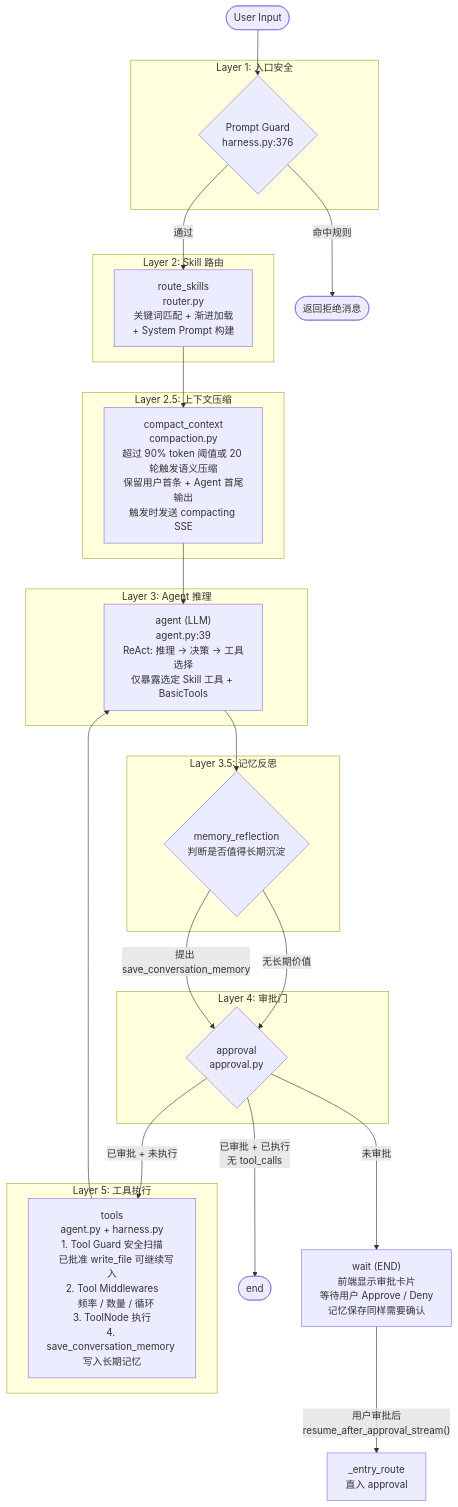
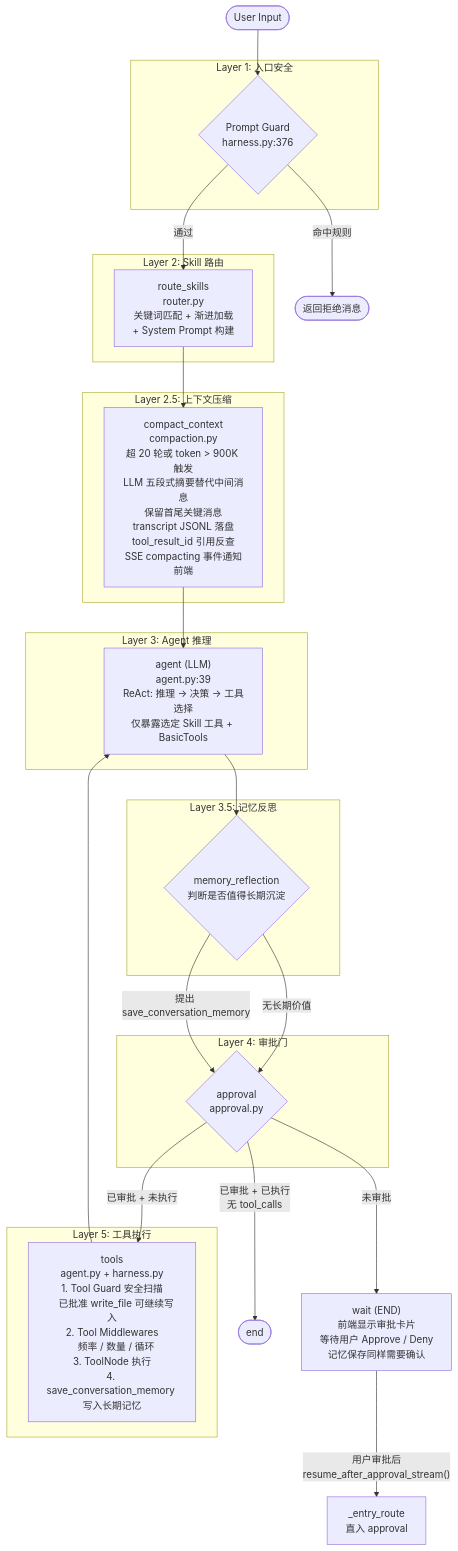
Before and after one commit to YachuanWzh/huamulan-agent: the sixth of 10 diagrams in 技术方案报告.md, drawn with Mermaid. The commit also changed other lines of this file, not shown here.

First line of the commit message:
feat(context): 优化上下文压缩策略并完善压缩流程说明

````diff
--- a/技术方案报告.md
+++ b/技术方案报告.md
@@ -481,53 +600,53 @@
 ```mermaid
 flowchart TD
     UI([User Input]) --> PG
 
     subgraph L1["Layer 1: 入口安全"]
         PG{"Prompt Guard<br/>harness.py:376"}
     end
 
     PG -->|"命中规则"| REJECT([返回拒绝消息])
     PG -->|"通过"| RS
 
     subgraph L2["Layer 2: Skill 路由"]
         RS["route_skills<br/>router.py<br/>关键词匹配 + 渐进加载<br/>+ System Prompt 构建"]
     end
 
     RS --> CC
 
     subgraph L25["Layer 2.5: 上下文压缩"]
-        CC["compact_context<br/>compaction.py<br/>超过 90% token 阈值或 20 轮触发语义压缩<br/>保留用户首条 + Agent 首尾输出<br/>触发时发送 compacting SSE"]
+        CC["compact_context<br/>compaction.py<br/>超 20 轮或 token > 900K 触发<br/>LLM 五段式摘要替代中间消息<br/>保留首尾关键消息<br/>transcript JSONL 落盘<br/>tool_result_id 引用反查<br/>SSE compacting 事件通知前端"]
     end
 
     CC --> AG
 
     subgraph L3["Layer 3: Agent 推理"]
         AG["agent (LLM)<br/>agent.py:39<br/>ReAct: 推理 → 决策 → 工具选择<br/>仅暴露选定 Skill 工具 + BasicTools"]
     end
 
     AG --> MR
 
     subgraph L35["Layer 3.5: 记忆反思"]
         MR{"memory_reflection<br/>判断是否值得长期沉淀"}
     end
 
     MR -->|"无长期价值"| AP
     MR -->|"提出 save_conversation_memory"| AP
 
     subgraph L4["Layer 4: 审批门"]
         AP{"approval<br/>approval.py"}
     end
 
     AP -->|"未审批"| WAIT
     AP -->|"已审批 + 未执行"| TL
     AP -->|"已审批 + 已执行<br/>无 tool_calls"| ENDP([end])
 
     WAIT["wait (END)<br/>前端显示审批卡片<br/>等待用户 Approve / Deny<br/>记忆保存同样需要确认"]
     WAIT -->|"用户审批后<br/>resume_after_approval_stream()"| RS2["_entry_route<br/>直入 approval"]
 
     subgraph L5["Layer 5: 工具执行"]
         TL["tools<br/>agent.py + harness.py<br/>1. Tool Guard 安全扫描<br/>   已批准 write_file 可继续写入<br/>2. Tool Middlewares<br/>   频率 / 数量 / 循环<br/>3. ToolNode 执行<br/>4. save_conversation_memory 写入长期记忆"]
     end
 
     TL --> AG
 ```
````
